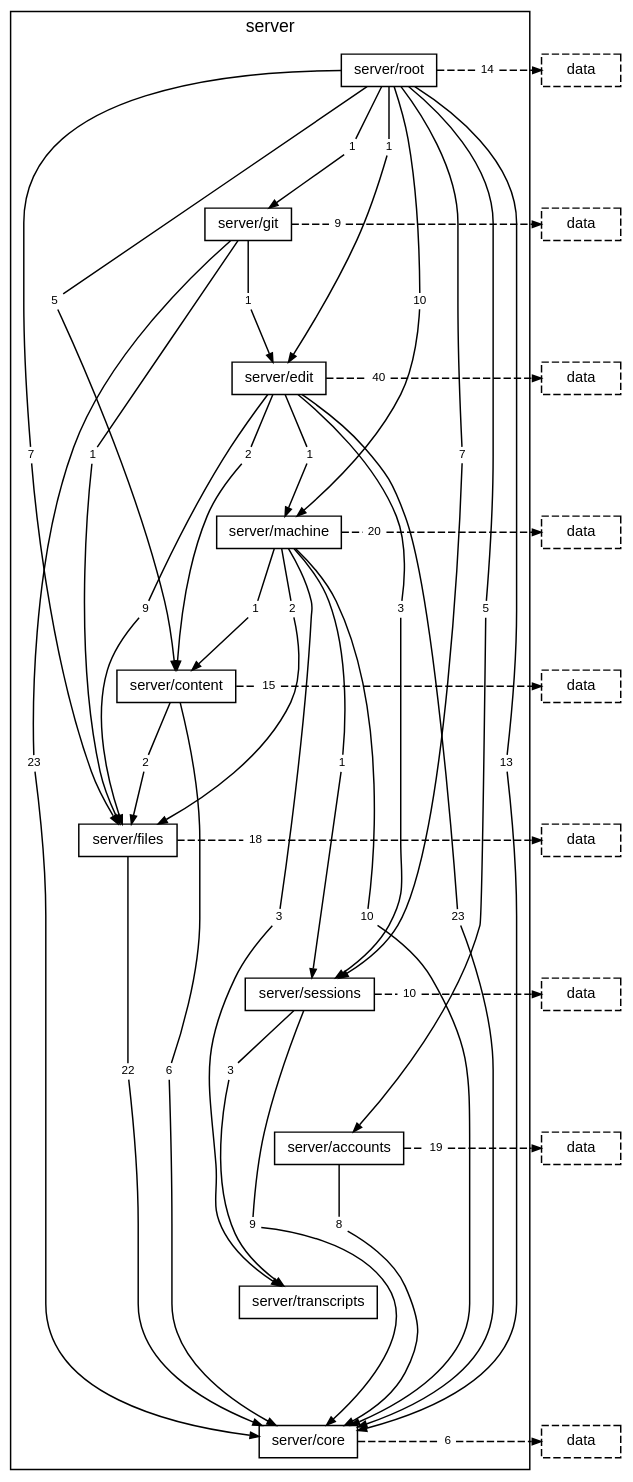
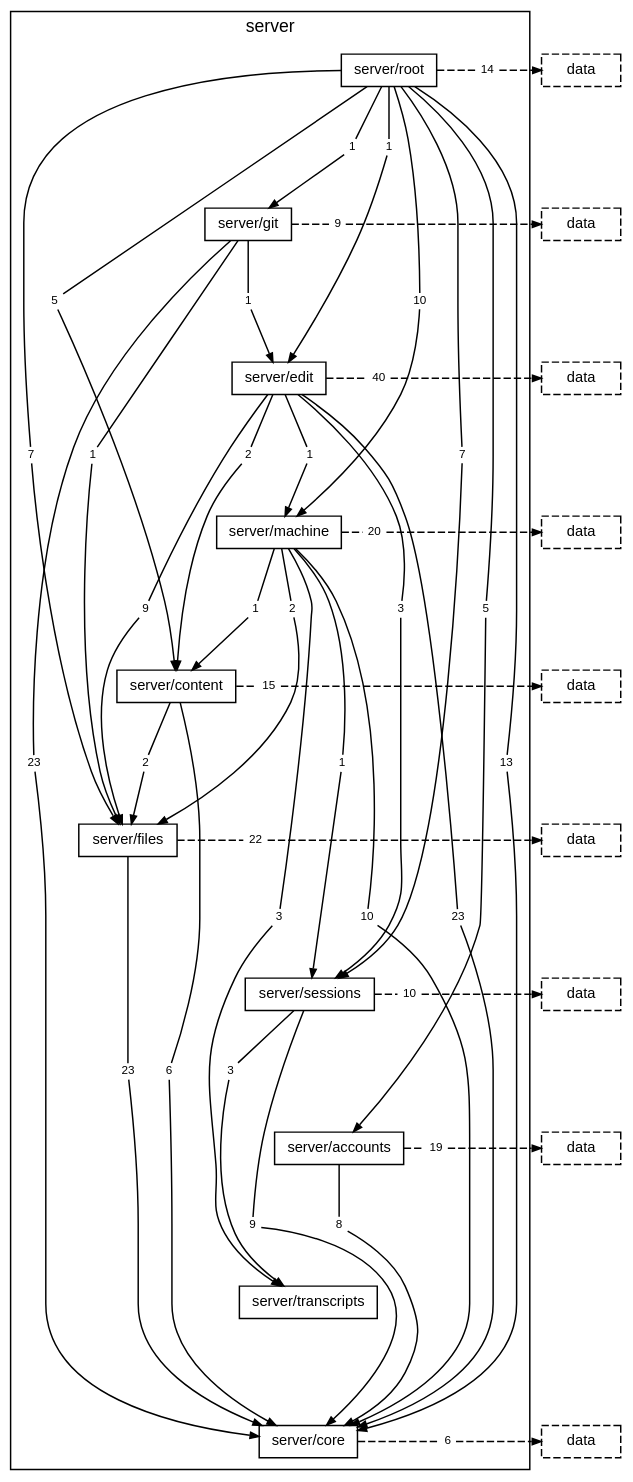
The diagram in docs/diagrams/layer-server.dot (TheAxeC/oculus), drawn with Graphviz before and after one commit. The commit also changed 146 other files, not shown here.

```diff
--- a/docs/diagrams/layer-server.dot
+++ b/docs/diagrams/layer-server.dot
@@ -42,8 +42,8 @@
         "folder server/content to folder server/core" [label="6", shape=box, color="transparent", fontsize=8, width=0, height=0, margin="0.04,0.02"];
         "folder server/content to folder server/files" [label="2", shape=box, color="transparent", fontsize=8, width=0, height=0, margin="0.04,0.02"];
         "folder server/content to layer data" [label="15", shape=box, color="transparent", fontsize=8, width=0, height=0, margin="0.04,0.02"];
-        "folder server/files to folder server/core" [label="22", shape=box, color="transparent", fontsize=8, width=0, height=0, margin="0.04,0.02"];
-        "folder server/files to layer data" [label="18", shape=box, color="transparent", fontsize=8, width=0, height=0, margin="0.04,0.02"];
+        "folder server/files to folder server/core" [label="23", shape=box, color="transparent", fontsize=8, width=0, height=0, margin="0.04,0.02"];
+        "folder server/files to layer data" [label="22", shape=box, color="transparent", fontsize=8, width=0, height=0, margin="0.04,0.02"];
         "folder server/sessions to folder server/core" [label="9", shape=box, color="transparent", fontsize=8, width=0, height=0, margin="0.04,0.02"];
         "folder server/sessions to folder server/transcripts" [label="3", shape=box, color="transparent", fontsize=8, width=0, height=0, margin="0.04,0.02"];
         "folder server/sessions to layer data" [label="10", shape=box, color="transparent", fontsize=8, width=0, height=0, margin="0.04,0.02"];
```
